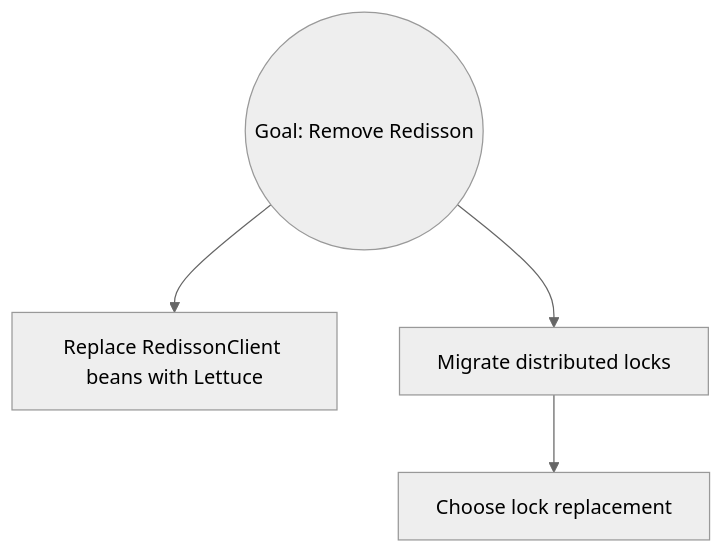
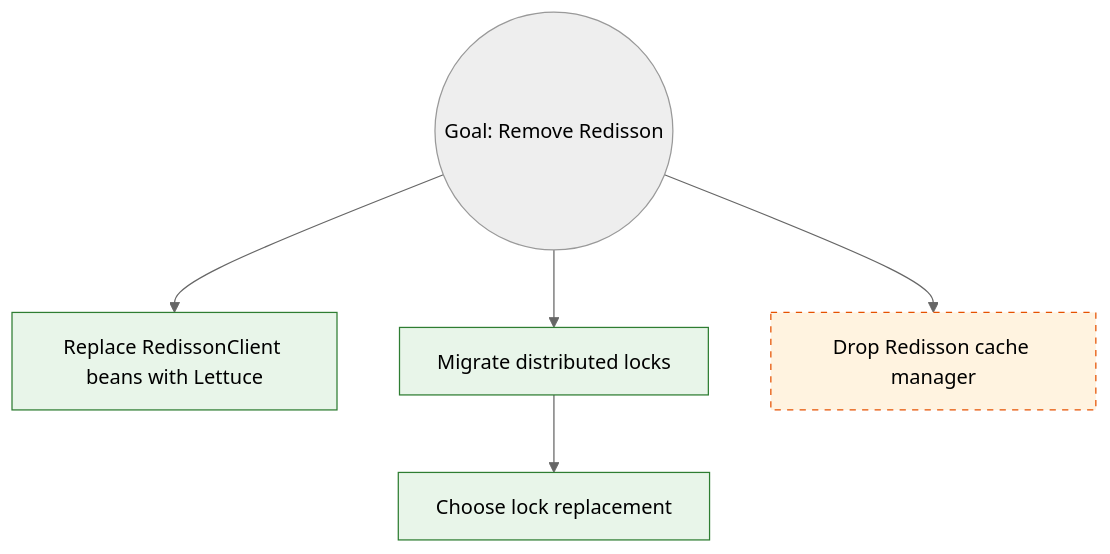
Before and after one commit to vordimous/mikado-skills: the diagram in plugins/mikado/skills/mikado/SKILL.md, drawn with Mermaid (neutral theme). The commit also changed other lines of this file and 1 other file, not shown here.

First line of the commit message:
feat(mikado): ingest spec files as anticipated prerequisites

````diff
--- a/plugins/mikado/skills/mikado/SKILL.md
+++ b/plugins/mikado/skills/mikado/SKILL.md
@@ -148,7 +214,13 @@
 ```mermaid
 graph TD
   G((Goal: Remove Redisson))
   G --> P1[Replace RedissonClient beans with Lettuce]
   G --> P2[Migrate distributed locks]
+  G --> P3[Drop Redisson cache manager]
   P2 --> P2a[Choose lock replacement]
+
+  classDef observed fill:#e8f5e9,stroke:#2e7d32
+  classDef anticipated fill:#fff3e0,stroke:#e65100,stroke-dasharray: 5 5
+  class P1,P2,P2a observed
+  class P3 anticipated
 ```
````
